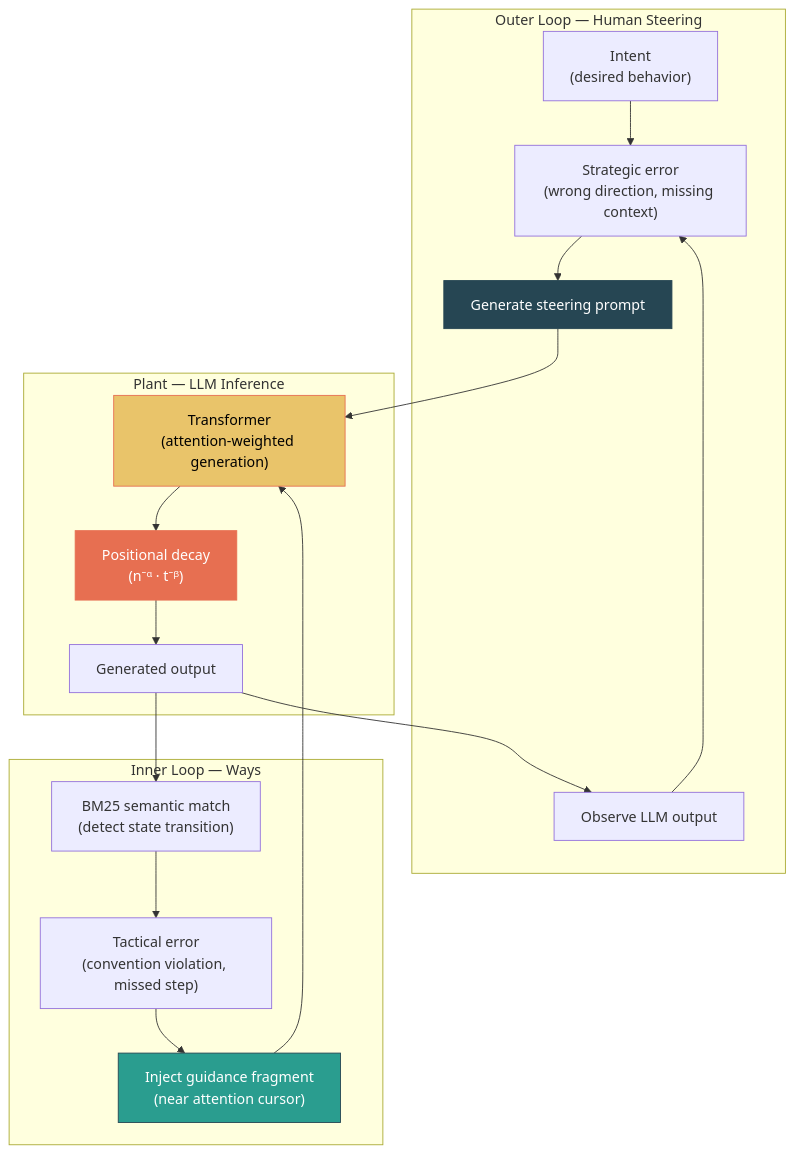
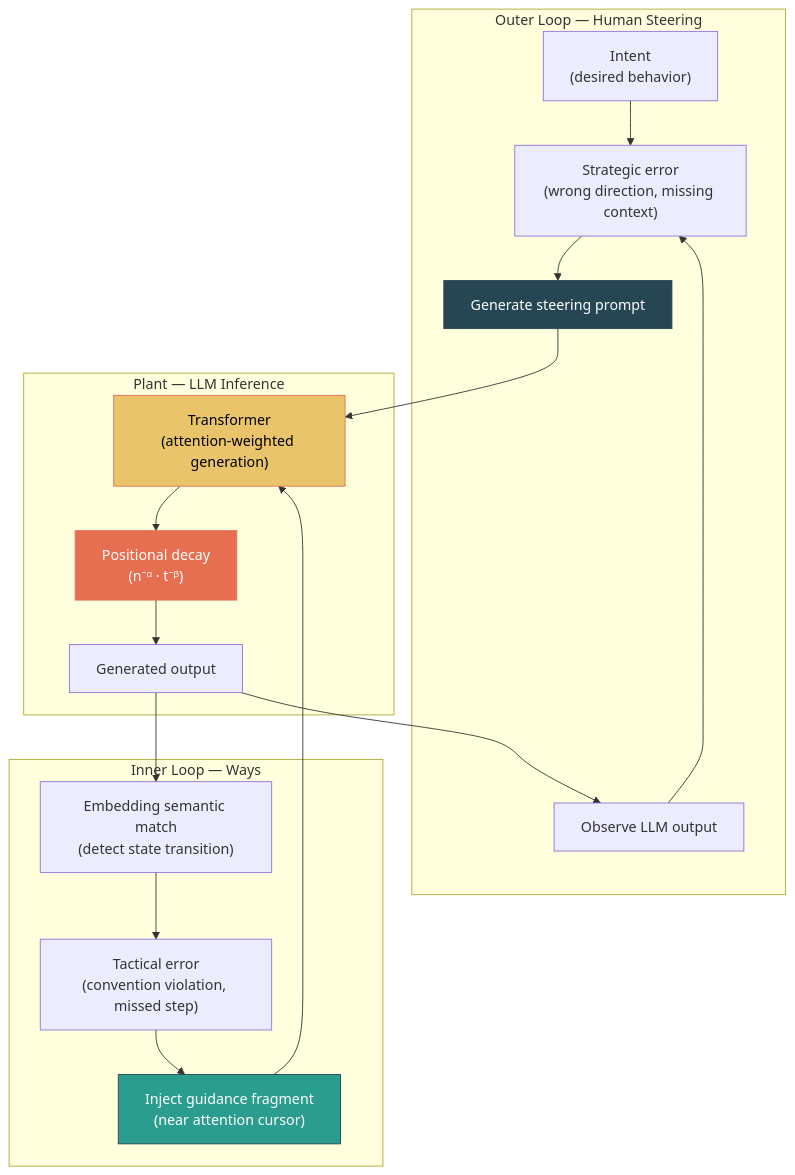
The third of 4 diagrams in docs/hooks-and-ways/context-decay-formal-foundations.md (jonmuse9/agent-ways), drawn with Mermaid before and after one commit. The commit also changed other lines of this file and 26 other files, not shown here.

````diff
--- a/docs/hooks-and-ways/context-decay-formal-foundations.md
+++ b/docs/hooks-and-ways/context-decay-formal-foundations.md
@@ -251,39 +251,39 @@
 ```mermaid
 graph TB
     subgraph "Outer Loop — Human Steering"
         HUMAN_REF["Intent<br/>(desired behavior)"]
         HUMAN_SENSE["Observe LLM output"]
         HUMAN_CTRL["Generate steering prompt"]
         HUMAN_ERR["Strategic error<br/>(wrong direction, missing context)"]
     end
 
     subgraph "Inner Loop — Ways"
-        WAY_SENSE["BM25 semantic match<br/>(detect state transition)"]
+        WAY_SENSE["Embedding semantic match<br/>(detect state transition)"]
         WAY_CTRL["Inject guidance fragment<br/>(near attention cursor)"]
         WAY_ERR["Tactical error<br/>(convention violation, missed step)"]
     end
 
     subgraph "Plant — LLM Inference"
         LLM["Transformer<br/>(attention-weighted generation)"]
         DECAY["Positional decay<br/>(n⁻ᵅ · t⁻ᵝ)"]
         OUTPUT["Generated output"]
     end
 
     HUMAN_REF --> HUMAN_ERR
     HUMAN_SENSE --> HUMAN_ERR
     HUMAN_ERR --> HUMAN_CTRL
     HUMAN_CTRL --> LLM
 
     WAY_SENSE --> WAY_ERR
     WAY_ERR --> WAY_CTRL
     WAY_CTRL --> LLM
 
     LLM --> DECAY --> OUTPUT
     OUTPUT --> HUMAN_SENSE
     OUTPUT --> WAY_SENSE
 
     style HUMAN_CTRL fill:#264653,stroke:#264653,color:#fff
     style WAY_CTRL fill:#2a9d8f,stroke:#264653,color:#fff
     style LLM fill:#e9c46a,stroke:#e76f51,color:#000
     style DECAY fill:#e76f51,stroke:#e76f51,color:#fff
 ```
````
